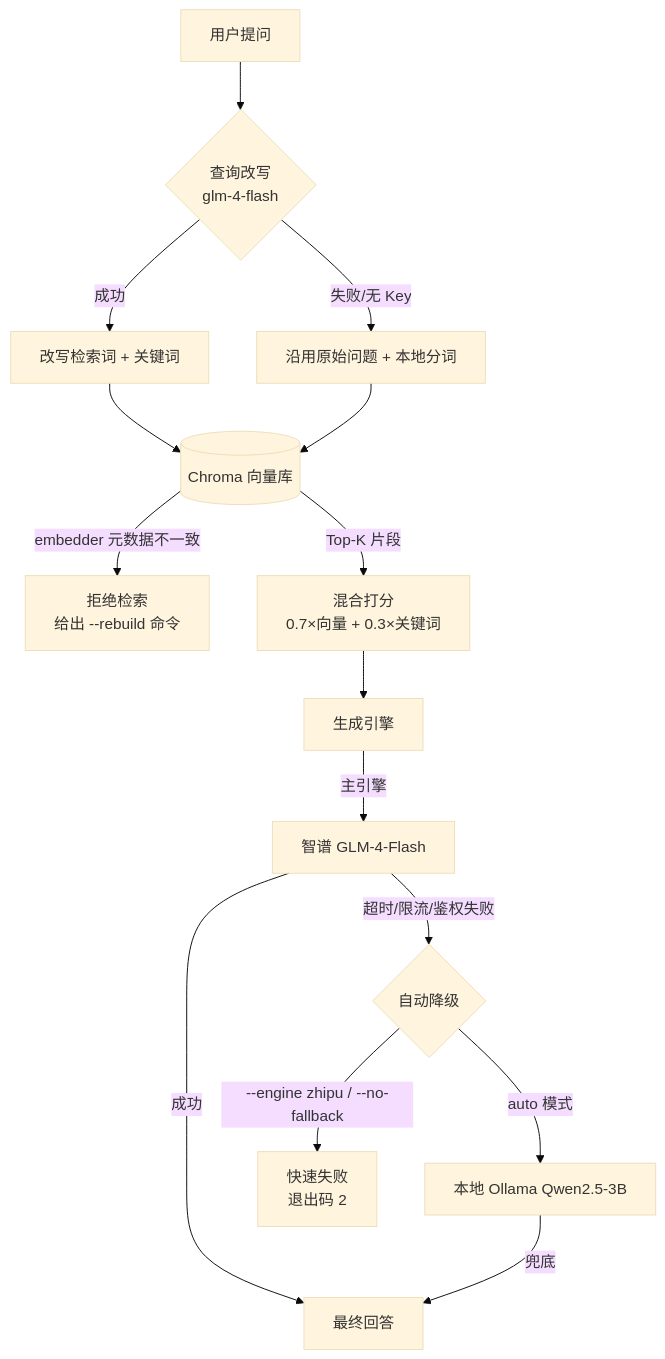
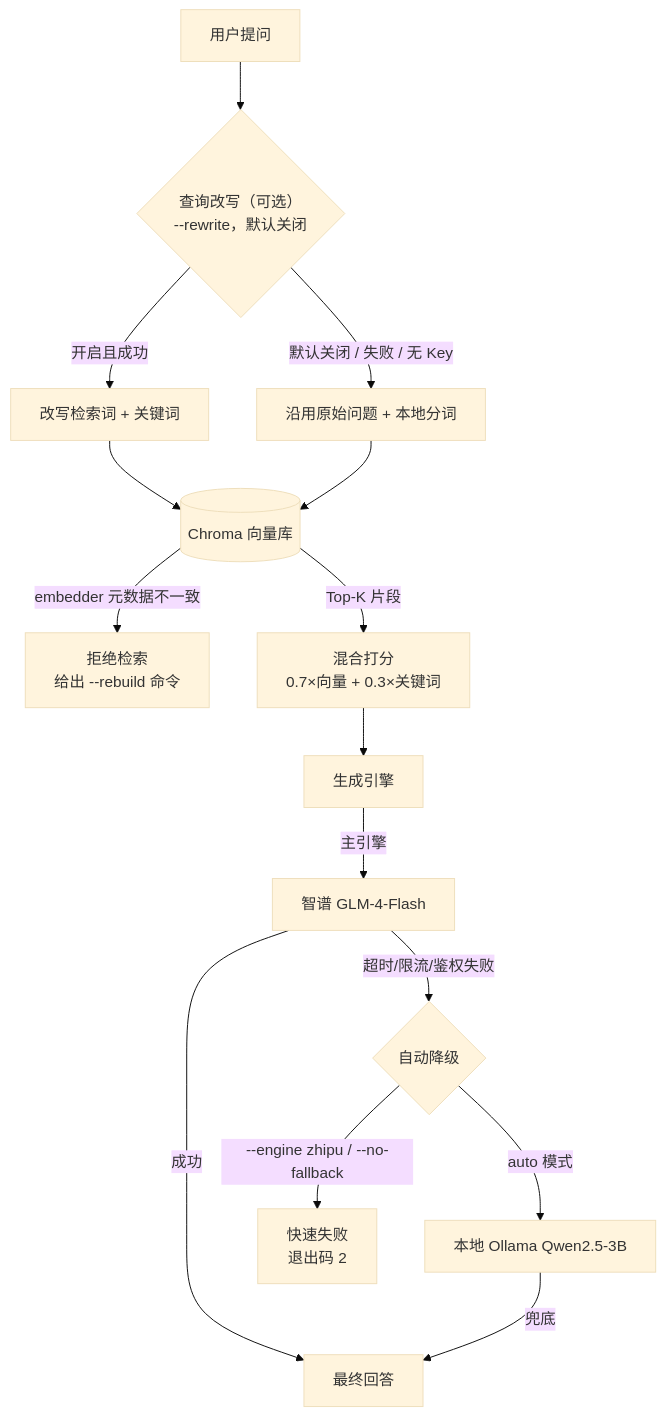
Before and after one commit to yrd-go/AI-Agent-Harness: the first of 4 diagrams in README.md, drawn with Mermaid (base theme). The commit also changed other lines of this file and 13 other files, not shown here.

````diff
--- a/README.md
+++ b/README.md
@@ -116,19 +117,19 @@
 ```mermaid
 graph TD
-    Q[用户提问] --> RW{查询改写<br/>glm-4-flash}
-    RW -->|成功| HQ[改写检索词 + 关键词]
-    RW -->|失败/无 Key| OQ[沿用原始问题 + 本地分词]
+    Q[用户提问] --> RW{查询改写（可选）<br/>--rewrite，默认关闭}
+    RW -->|开启且成功| HQ[改写检索词 + 关键词]
+    RW -->|默认关闭 / 失败 / 无 Key| OQ[沿用原始问题 + 本地分词]
 
     HQ --> VS[(Chroma 向量库)]
     OQ --> VS
     VS -->|embedder 元数据不一致| GUARD[拒绝检索<br/>给出 --rebuild 命令]
     VS -->|Top-K 片段| FUSE[混合打分<br/>0.7×向量 + 0.3×关键词]
 
     FUSE --> GEN[生成引擎]
     GEN -->|主引擎| ZP[智谱 GLM-4-Flash]
     ZP -->|超时/限流/鉴权失败| FB{自动降级}
     FB -->|auto 模式| OL[本地 Ollama Qwen2.5-3B]
     FB -->|--engine zhipu / --no-fallback| FF[快速失败<br/>退出码 2]
     ZP -->|成功| ANS[最终回答]
     OL -->|兜底| ANS
 ```
````
